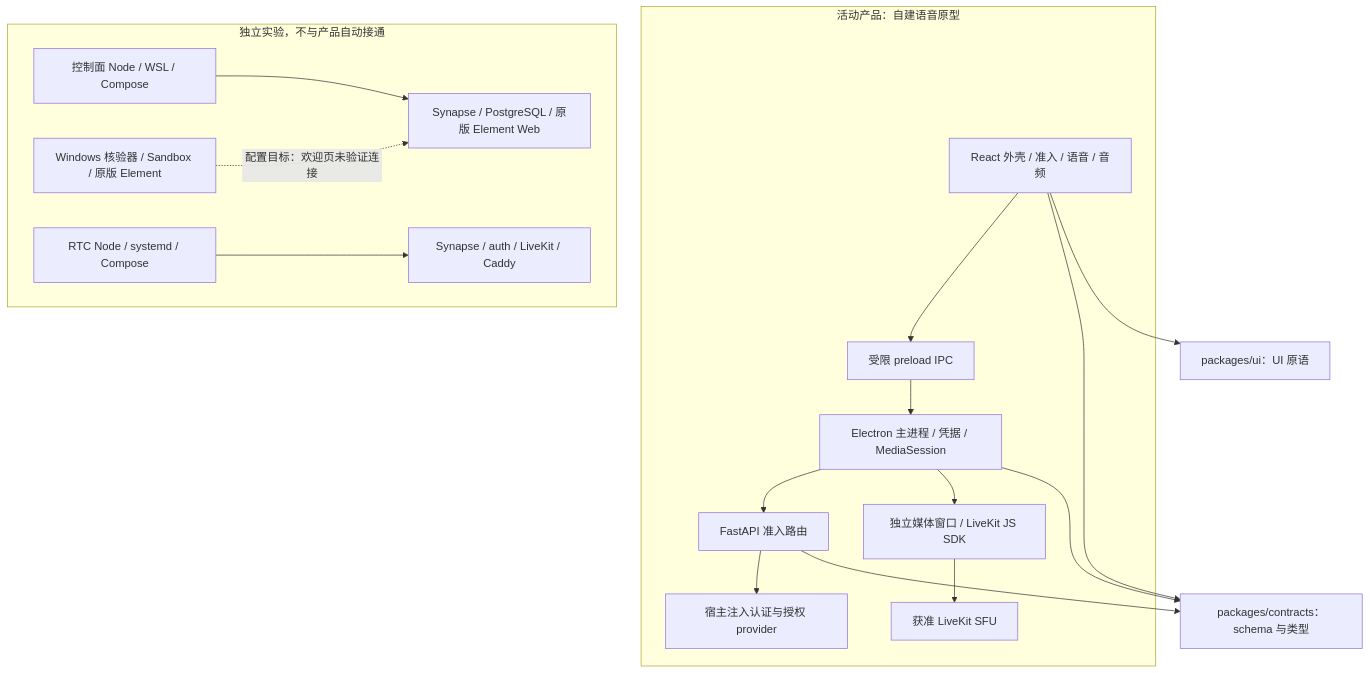
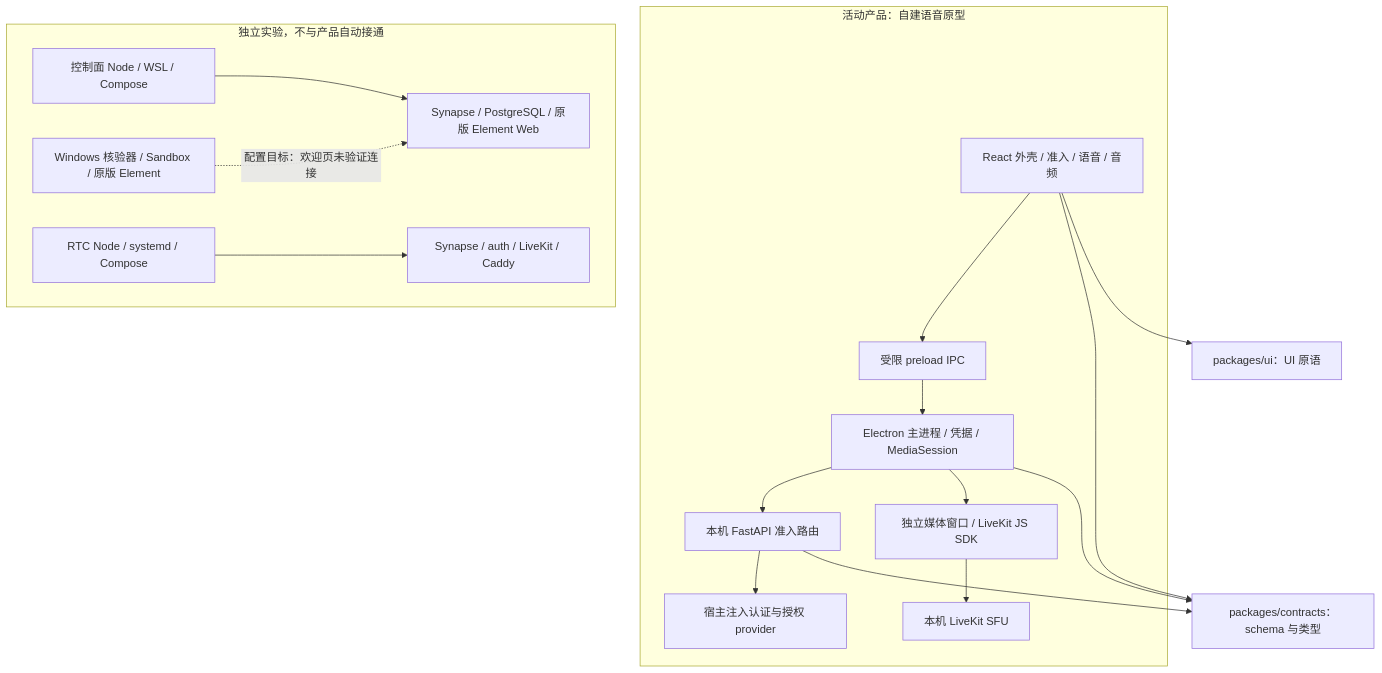
One commit to wenhuorongbing-netizen/babacom changed the first of 3 diagrams in ARCHITECTURE.md. Above: the diagram before and after it, drawn with Mermaid. The commit also changed 1 other file, not shown here.

Commit message:
docs: state loopback-only prototype boundary

````diff
--- a/ARCHITECTURE.md
+++ b/ARCHITECTURE.md
@@ -6,30 +6,30 @@
 ```mermaid
 flowchart TB
   subgraph Product[活动产品：自建语音原型]
     UI[React 外壳 / 准入 / 语音 / 音频]
     Preload[受限 preload IPC]
     Main[Electron 主进程 / 凭据 / MediaSession]
     Media[独立媒体窗口 / LiveKit JS SDK]
-    API[FastAPI 准入路由]
+    API[本机 FastAPI 准入路由]
     Providers[宿主注入认证与授权 provider]
-    LK[获准 LiveKit SFU]
+    LK[本机 LiveKit SFU]
     UI --> Preload --> Main
     Main --> API --> Providers
     Main --> Media --> LK
   end
   Contracts[packages/contracts：schema 与类型]
   Primitives[packages/ui：UI 原语]
   UI & Main --> Contracts
   UI --> Primitives
   API --> Contracts
   subgraph Proofs[独立实验，不与产品自动接通]
     Control[控制面 Node / WSL / Compose]
     HS[Synapse / PostgreSQL / 原版 Element Web]
     Win[Windows 核验器 / Sandbox / 原版 Element]
     RTC[RTC Node / systemd / Compose]
     Four[Synapse / auth / LiveKit / Caddy]
     Control --> HS
     Win -. 配置目标：欢迎页未验证连接 .-> HS
     RTC --> Four
   end
 ```
````
